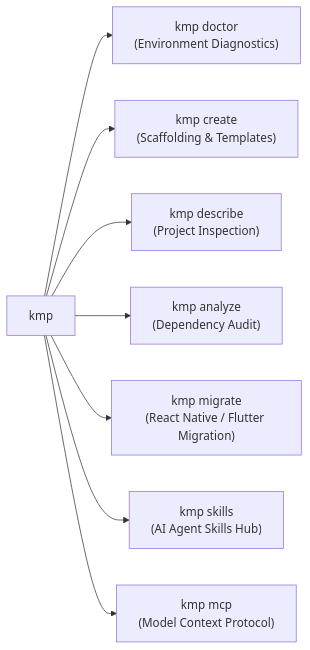
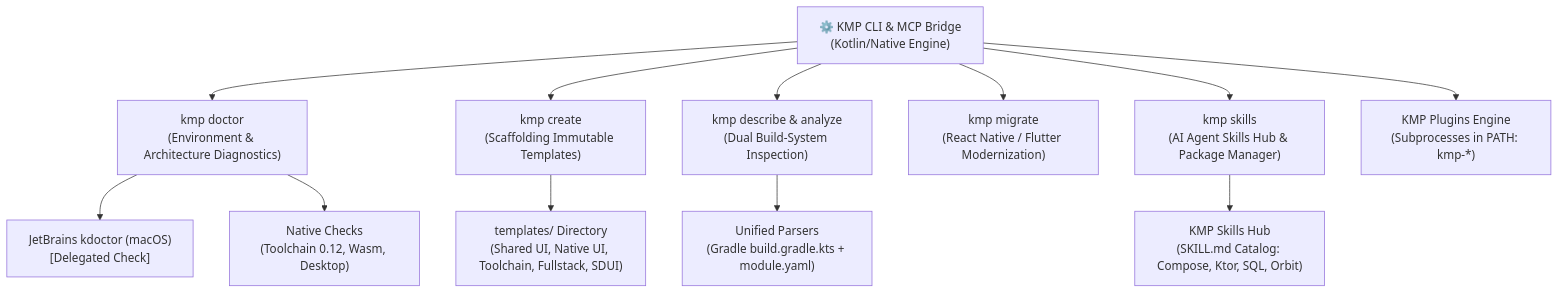
Before and after one commit to jesusdmedinac/KMP-CLI: the diagram in docs/index.md, drawn with Mermaid. The commit also changed other lines of this file, not shown here.

Commit message:
docs: enrich landing page with full architectural guide, Zora brand palette, and command showcase

````diff
--- a/docs/index.md
+++ b/docs/index.md
@@ -53,11 +62,20 @@
 ```mermaid
-graph LR
-    kmp["kmp"]
-    kmp --> doctor["kmp doctor\n(Environment Diagnostics)"]
-    kmp --> create["kmp create\n(Scaffolding & Templates)"]
-    kmp --> describe["kmp describe\n(Project Inspection)"]
-    kmp --> analyze["kmp analyze\n(Dependency Audit)"]
-    kmp --> migrate["kmp migrate\n(React Native / Flutter Migration)"]
-    kmp --> skills["kmp skills\n(AI Agent Skills Hub)"]
-    kmp --> mcp["kmp mcp\n(Model Context Protocol)"]
+flowchart TD
+    CORE["⚙️ KMP CLI & MCP Bridge\n(Kotlin/Native Engine)"]
+
+    CORE --> DOCTOR["kmp doctor\n(Environment & Architecture Diagnostics)"]
+    CORE --> CREATE["kmp create\n(Scaffolding Immutable Templates)"]
+    CORE --> DESCRIBE["kmp describe & analyze\n(Dual Build-System Inspection)"]
+    CORE --> MIGRATE["kmp migrate\n(React Native / Flutter Modernization)"]
+    CORE --> SKILLS["kmp skills\n(AI Agent Skills Hub & Package Manager)"]
+
+    DOCTOR --> KDOCTOR["JetBrains kdoctor (macOS)\n[Delegated Check]"]
+    DOCTOR --> NATIVE_CHECKS["Native Checks\n(Toolchain 0.12, Wasm, Desktop)"]
+
+    CREATE --> TEMPLATES["templates/ Directory\n(Shared UI, Native UI, Toolchain, Fullstack, SDUI)"]
+    
+    DESCRIBE --> BUILD_SYSTEMS["Unified Parsers\n(Gradle build.gradle.kts + module.yaml)"]
+    
+    SKILLS --> SKILLS_CATALOG["KMP Skills Hub\n(SKILL.md Catalog: Compose, Ktor, SQL, Orbit)"]
+    CORE --> PLUGINS["KMP Plugins Engine\n(Subprocesses in PATH: kmp-*)"]
 ```
````
